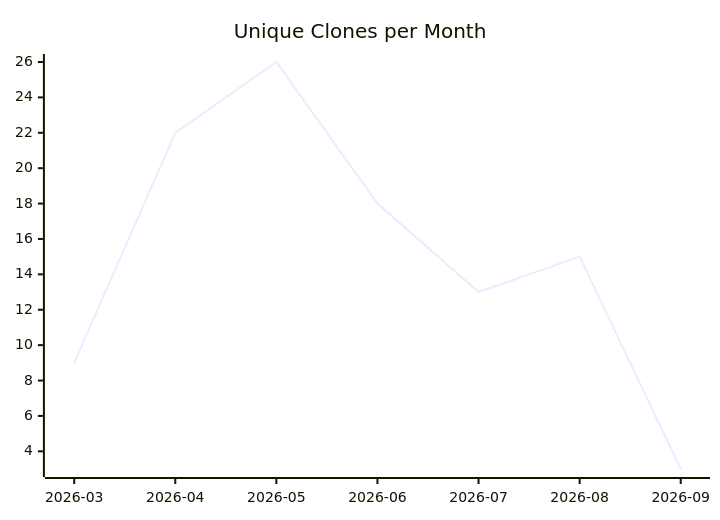
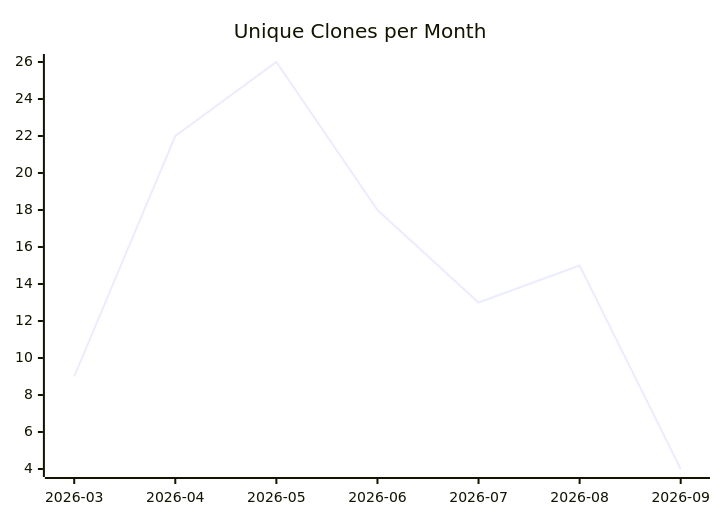
One commit to justdavis-family/github-analytics-data changed the third of 3 diagrams in karlmdavis/lego-ev3dev-rs/README.md. Above: the diagram before and after it, drawn with Mermaid. The commit also changed other lines of this file and 191 other files, not shown here.

````diff
--- a/karlmdavis/lego-ev3dev-rs/README.md
+++ b/karlmdavis/lego-ev3dev-rs/README.md
@@ -19,6 +19,6 @@
 ```mermaid
 xychart-beta
   title "Unique Clones per Month"
   x-axis ["2026-03", "2026-04", "2026-05", "2026-06", "2026-07", "2026-08", "2026-09"]
-  line [9, 22, 26, 18, 13, 15, 3]
+  line [9, 22, 26, 18, 13, 15, 4]
 ```
````
